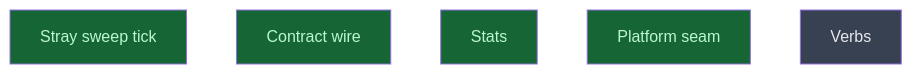
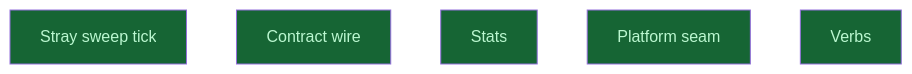
Before and after one commit to CrackingShells/Candler: the diagram in __roadmap__/m3-lean-cli/README.md, drawn with Mermaid. The commit also changed other lines of this file and 2 other files, not shown here.

Commit message:
rdm(cli): mark the verbs of the lean cli done

````diff
--- a/__roadmap__/m3-lean-cli/README.md
+++ b/__roadmap__/m3-lean-cli/README.md
@@ -137,13 +137,13 @@
 ```mermaid
 graph TD
     stray_sweep_tick[Stray sweep tick]:::done
     contract_wire[Contract wire]:::done
     stats[Stats]:::done
     platform_seam[Platform seam]:::done
-    verbs[Verbs]:::planned
+    verbs[Verbs]:::done
     classDef done       fill:#166534,color:#bbf7d0
     classDef inprogress fill:#854d0e,color:#fef08a
     classDef planned    fill:#374151,color:#e5e7eb
     classDef amendment  fill:#1e3a5f,color:#bfdbfe
     classDef blocked    fill:#7f1d1d,color:#fecaca
 ```
````
